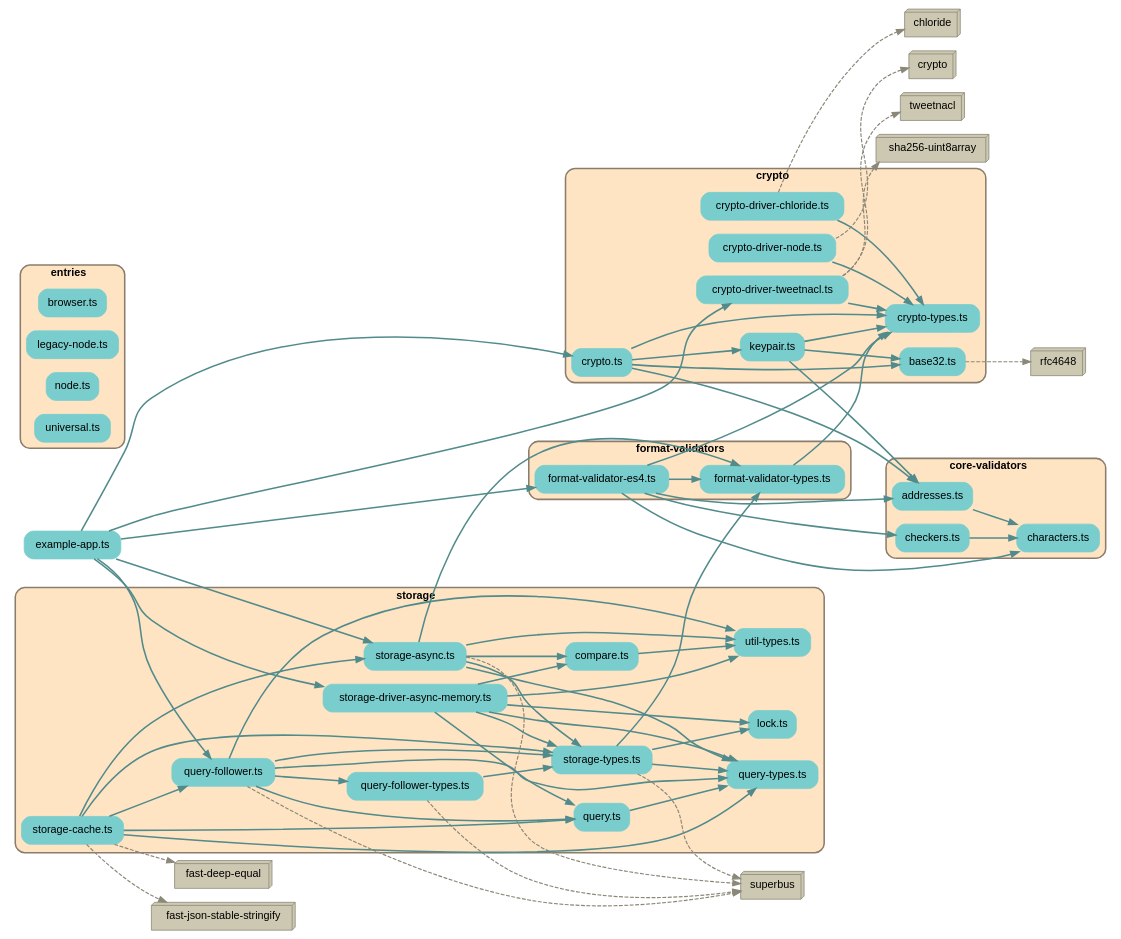
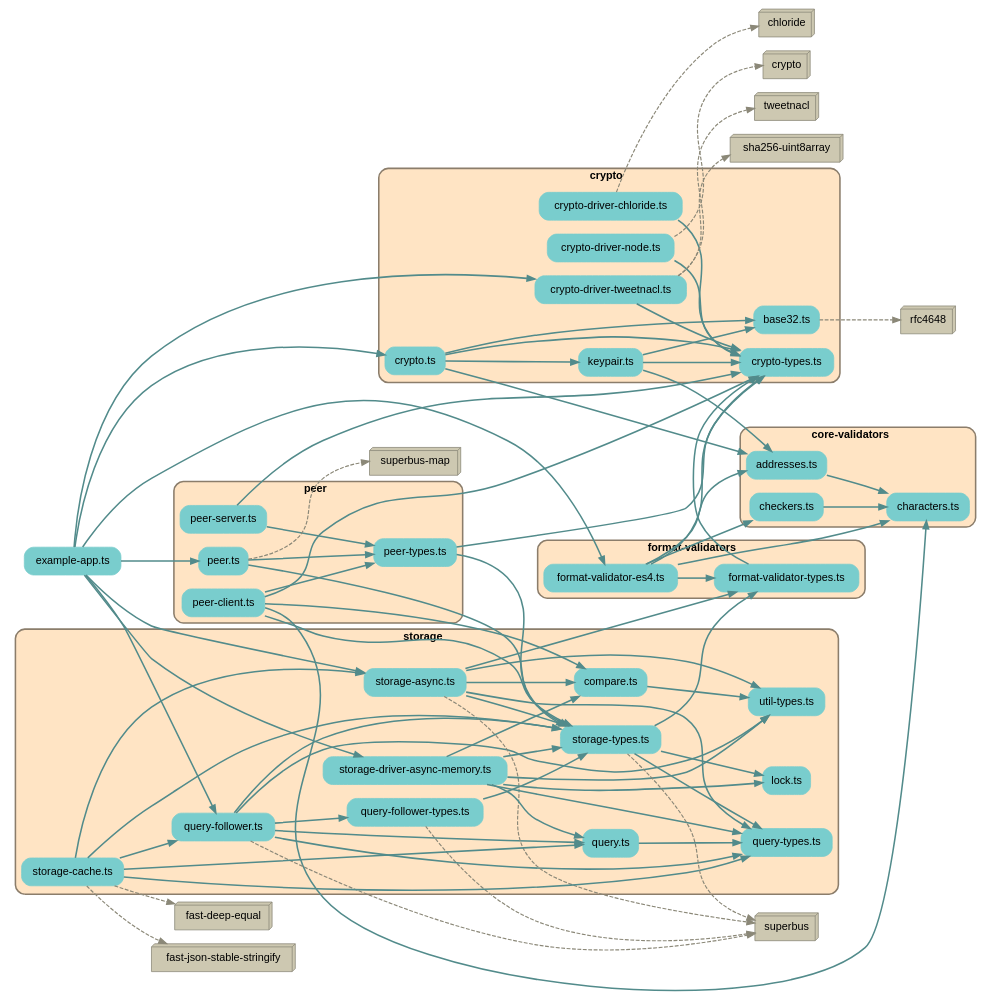
The diagram in depchart/depchart-deps.dot (earthstar-project/earthstar), drawn with Graphviz before and after one commit. The commit also changed 9 other files, not shown here.

```diff
--- a/depchart/depchart-deps.dot
+++ b/depchart/depchart-deps.dot
@@ -13,7 +13,7 @@
     // files in their folder clusters
         "src/example-app.ts" [label="example-app.ts", shape=rectangle; style="rounded,filled"; color=darkslategray3];
 
-        subgraph cluster8078889439 {
+        subgraph cluster1972685206 {
             label=<<b>core-validators</b>>;
             style="rounded,filled";
             fillcolor=bisque;
@@ -25,7 +25,7 @@
             "src/core-validators/checkers.ts" [label="checkers.ts", shape=rectangle; style="rounded,filled"; color=darkslategray3];
         }
 
-        subgraph cluster6164103423 {
+        subgraph cluster2665625277 {
             label=<<b>crypto</b>>;
             style="rounded,filled";
             fillcolor=bisque;
@@ -41,20 +41,7 @@
             "src/crypto/keypair.ts" [label="keypair.ts", shape=rectangle; style="rounded,filled"; color=darkslategray3];
         }
 
-        subgraph cluster4865579826 {
-            label=<<b>entries</b>>;
-            style="rounded,filled";
-            fillcolor=bisque;
-            color=bisque4;
-            penwidth=2;
-                    
-            "src/entries/browser.ts" [label="browser.ts", shape=rectangle; style="rounded,filled"; color=darkslategray3];
-            "src/entries/legacy-node.ts" [label="legacy-node.ts", shape=rectangle; style="rounded,filled"; color=darkslategray3];
-            "src/entries/node.ts" [label="node.ts", shape=rectangle; style="rounded,filled"; color=darkslategray3];
-            "src/entries/universal.ts" [label="universal.ts", shape=rectangle; style="rounded,filled"; color=darkslategray3];
-        }
-
-        subgraph cluster4397893630 {
+        subgraph cluster4963276430 {
             label=<<b>format-validators</b>>;
             style="rounded,filled";
             fillcolor=bisque;
@@ -65,7 +52,20 @@
             "src/format-validators/format-validator-types.ts" [label="format-validator-types.ts", shape=rectangle; style="rounded,filled"; color=darkslategray3];
         }
 
-        subgraph cluster1190468158 {
+        subgraph cluster5016901172 {
+            label=<<b>peer</b>>;
+            style="rounded,filled";
+            fillcolor=bisque;
+            color=bisque4;
+            penwidth=2;
+                    
+            "src/peer/peer-client.ts" [label="peer-client.ts", shape=rectangle; style="rounded,filled"; color=darkslategray3];
+            "src/peer/peer-server.ts" [label="peer-server.ts", shape=rectangle; style="rounded,filled"; color=darkslategray3];
+            "src/peer/peer-types.ts" [label="peer-types.ts", shape=rectangle; style="rounded,filled"; color=darkslategray3];
+            "src/peer/peer.ts" [label="peer.ts", shape=rectangle; style="rounded,filled"; color=darkslategray3];
+        }
+
+        subgraph cluster5054336180 {
             label=<<b>storage</b>>;
             style="rounded,filled";
             fillcolor=bisque;
@@ -91,6 +91,7 @@
         "crypto" [shape=box3d, style=filled, fillcolor=cornsilk3, color=cornsilk4];
         "tweetnacl" [shape=box3d, style=filled, fillcolor=cornsilk3, color=cornsilk4];
         "sha256-uint8array" [shape=box3d, style=filled, fillcolor=cornsilk3, color=cornsilk4];
+        "superbus-map" [shape=box3d, style=filled, fillcolor=cornsilk3, color=cornsilk4];
         "superbus" [shape=box3d, style=filled, fillcolor=cornsilk3, color=cornsilk4];
         "fast-deep-equal" [shape=box3d, style=filled, fillcolor=cornsilk3, color=cornsilk4];
         "fast-json-stable-stringify" [shape=box3d, style=filled, fillcolor=cornsilk3, color=cornsilk4];
@@ -114,12 +115,24 @@
     "src/example-app.ts" -> "src/crypto/crypto.ts" [penwidth=2; color=darkslategray4];
     "src/example-app.ts" -> "src/crypto/crypto-driver-tweetnacl.ts" [penwidth=2; color=darkslategray4];
     "src/example-app.ts" -> "src/storage/query-follower.ts" [penwidth=2; color=darkslategray4];
+    "src/example-app.ts" -> "src/peer/peer.ts" [penwidth=2; color=darkslategray4];
     "src/format-validators/format-validator-es4.ts" -> "src/format-validators/format-validator-types.ts" [penwidth=2; color=darkslategray4];
     "src/format-validators/format-validator-es4.ts" -> "src/crypto/crypto-types.ts" [penwidth=2; color=darkslategray4];
     "src/format-validators/format-validator-es4.ts" -> "src/core-validators/characters.ts" [penwidth=2; color=darkslategray4];
     "src/format-validators/format-validator-es4.ts" -> "src/core-validators/checkers.ts" [penwidth=2; color=darkslategray4];
     "src/format-validators/format-validator-es4.ts" -> "src/core-validators/addresses.ts" [penwidth=2; color=darkslategray4];
     "src/format-validators/format-validator-types.ts" -> "src/crypto/crypto-types.ts" [penwidth=2; color=darkslategray4];
+    "src/peer/peer-client.ts" -> "src/crypto/crypto-types.ts" [penwidth=2; color=darkslategray4];
+    "src/peer/peer-client.ts" -> "src/storage/storage-types.ts" [penwidth=2; color=darkslategray4];
+    "src/peer/peer-client.ts" -> "src/peer/peer-types.ts" [penwidth=2; color=darkslategray4];
+    "src/peer/peer-client.ts" -> "src/storage/compare.ts" [penwidth=2; color=darkslategray4];
+    "src/peer/peer-client.ts" -> "src/core-validators/characters.ts" [penwidth=2; color=darkslategray4];
+    "src/peer/peer-server.ts" -> "src/crypto/crypto-types.ts" [penwidth=2; color=darkslategray4];
+    "src/peer/peer-server.ts" -> "src/peer/peer-types.ts" [penwidth=2; color=darkslategray4];
+    "src/peer/peer-types.ts" -> "src/storage/storage-types.ts" [penwidth=2; color=darkslategray4];
+    "src/peer/peer-types.ts" -> "src/crypto/crypto-types.ts" [penwidth=2; color=darkslategray4];
+    "src/peer/peer.ts" -> "src/storage/storage-types.ts" [penwidth=2; color=darkslategray4];
+    "src/peer/peer.ts" -> "src/peer/peer-types.ts" [penwidth=2; color=darkslategray4];
     "src/storage/compare.ts" -> "src/storage/util-types.ts" [penwidth=2; color=darkslategray4];
     "src/storage/query-follower-types.ts" -> "src/storage/storage-types.ts" [penwidth=2; color=darkslategray4];
     "src/storage/query-follower.ts" -> "src/storage/util-types.ts" [penwidth=2; color=darkslategray4];
@@ -154,6 +167,7 @@
     "src/crypto/crypto-driver-node.ts" -> "crypto" [penwidth=1.5; style=dashed, color=cornsilk4, weight=1];
     "src/crypto/crypto-driver-tweetnacl.ts" -> "tweetnacl" [penwidth=1.5; style=dashed, color=cornsilk4, weight=1];
     "src/crypto/crypto-driver-tweetnacl.ts" -> "sha256-uint8array" [penwidth=1.5; style=dashed, color=cornsilk4, weight=1];
+    "src/peer/peer.ts" -> "superbus-map" [penwidth=1.5; style=dashed, color=cornsilk4, weight=1];
     "src/storage/query-follower-types.ts" -> "superbus" [penwidth=1.5; style=dashed, color=cornsilk4, weight=1];
     "src/storage/query-follower.ts" -> "superbus" [penwidth=1.5; style=dashed, color=cornsilk4, weight=1];
     "src/storage/storage-async.ts" -> "superbus" [penwidth=1.5; style=dashed, color=cornsilk4, weight=1];
```
